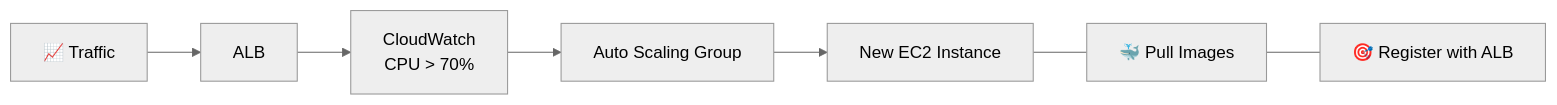
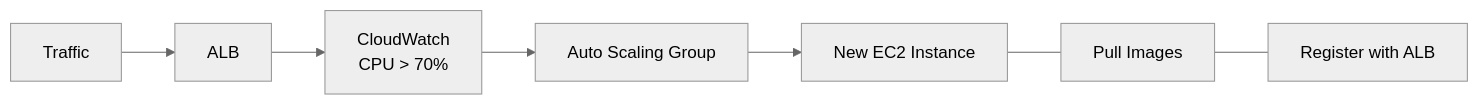
Before and after one commit to 15Vaibhavparte/3Tier-app-Capstone1: the sixth of 6 diagrams in README.md, drawn with Mermaid (neutral theme). The commit also changed other lines of this file, not shown here.

````diff
--- a/README.md
+++ b/README.md
@@ -790,16 +791,16 @@
 ```mermaid
 flowchart LR
-    Traffic["📈 Traffic"]
+    Traffic[" Traffic"]
     ALB["ALB"]
     CW["CloudWatch<br/>CPU > 70%"]
     ASG["Auto Scaling Group"]
     Instance["New EC2 Instance"]
 
     Traffic --> ALB
     ALB --> CW
     CW --> ASG
     ASG --> Instance
 
-    Instance --- Docker["🐳 Pull Images"]
-    Docker --- Target["🎯 Register with ALB"]
+    Instance --- Docker[" Pull Images"]
+    Docker --- Target[" Register with ALB"]
 ```
````
